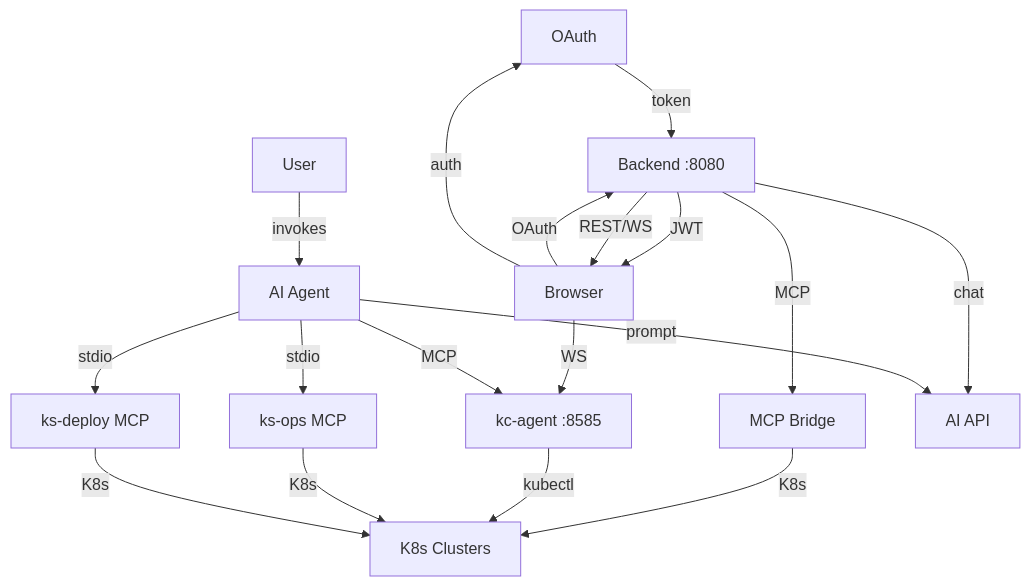
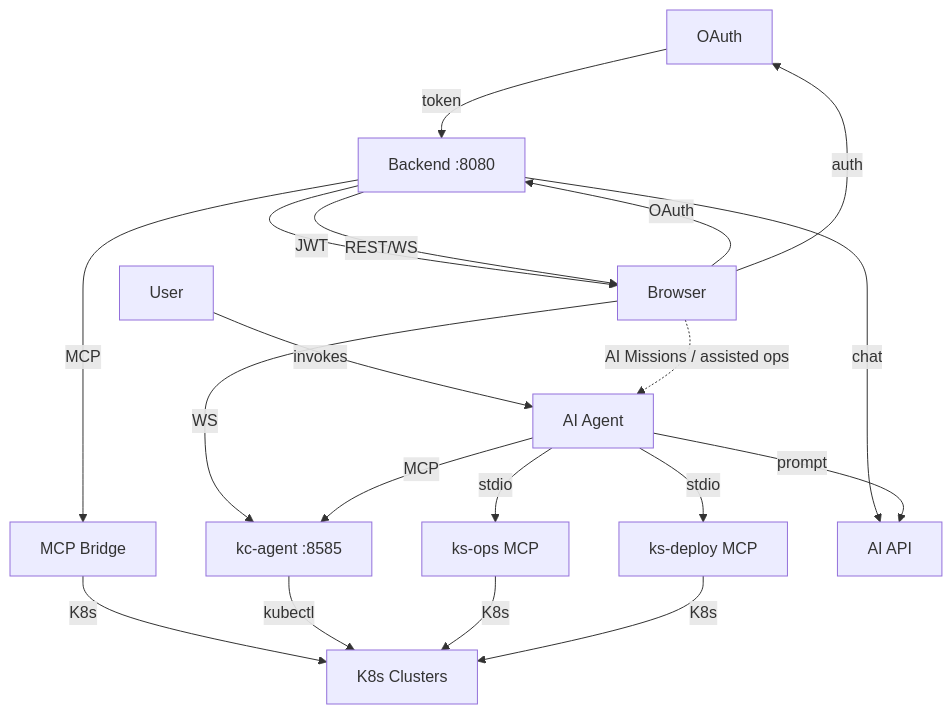
The diagram in docs/content/console/_architecture-diagram.md (kubestellar/docs), drawn with Mermaid before and after one commit. The commit also changed other lines of this file and 2 other files, not shown here.

First line of the commit message:
📖 Clarify AI Agent architecture docs

````diff
--- a/docs/content/console/_architecture-diagram.md
+++ b/docs/content/console/_architecture-diagram.md
@@ -1,32 +1,33 @@
 ```mermaid
 graph TB
     User["User"]
     GitHub["OAuth"]
     Backend["Backend :8080"]
     Browser["Browser"]
     MCP["MCP Bridge"]
     K8s["K8s Clusters"]
     Agent["kc-agent :8585"]
     CLI["AI Agent"]
     OpsStdio["ks-ops MCP"]
     DeployStdio["ks-deploy MCP"]
     AI["AI API"]
 
     User -- invokes --> CLI
+    Browser -. AI Missions / assisted ops .-> CLI
     Browser -- OAuth --> Backend
     Browser -- auth --> GitHub
     GitHub -- token --> Backend
     Backend -- JWT --> Browser
     Backend -- REST/WS --> Browser
     Browser -- WS --> Agent
     Backend -- MCP --> MCP
     MCP -- K8s --> K8s
     Agent -- kubectl --> K8s
     OpsStdio -- K8s --> K8s
     DeployStdio -- K8s --> K8s
     CLI -- stdio --> OpsStdio
     CLI -- stdio --> DeployStdio
     CLI -- MCP --> Agent
     Backend -- chat --> AI
     CLI -- prompt --> AI
 ```
````
